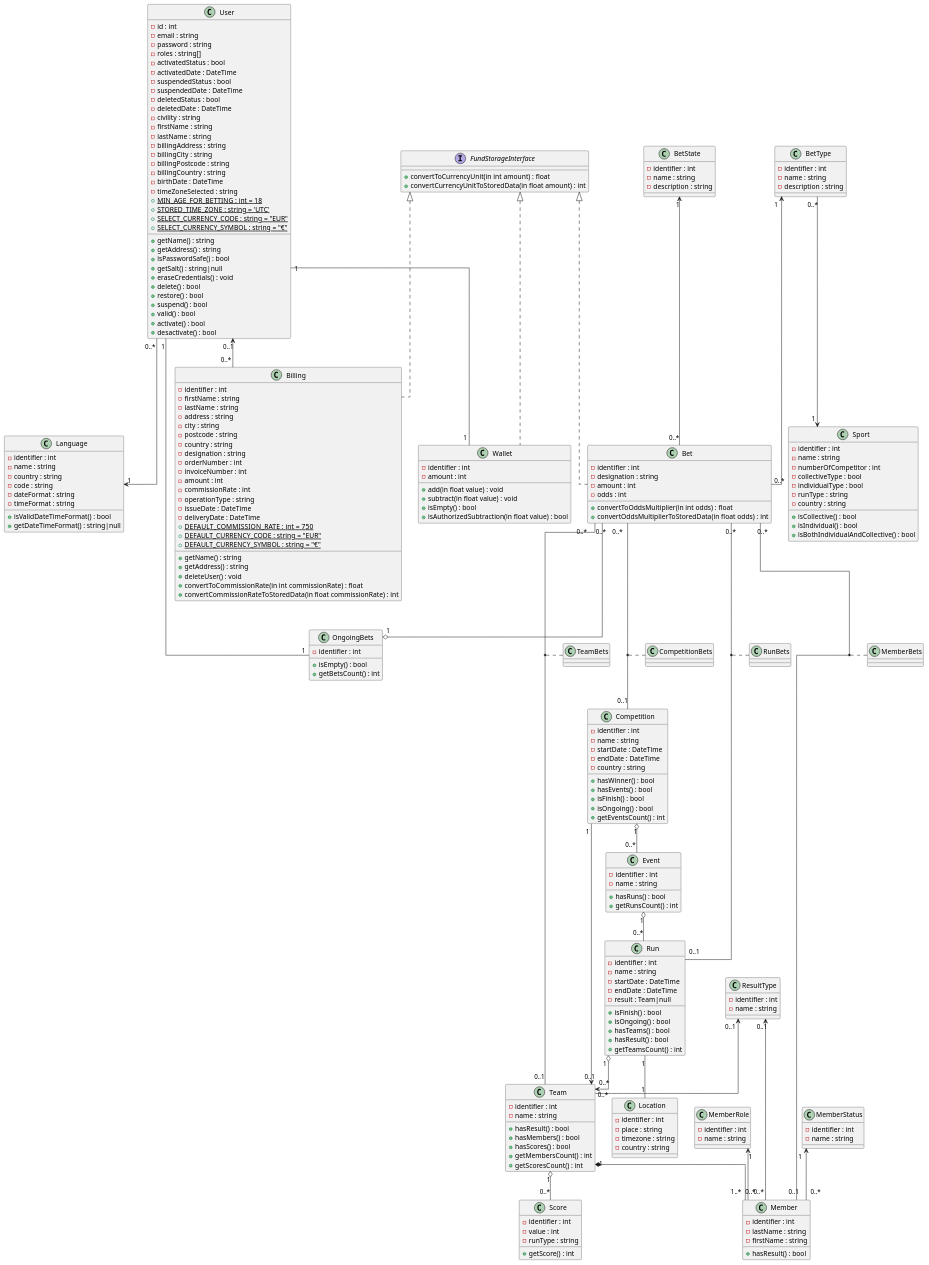
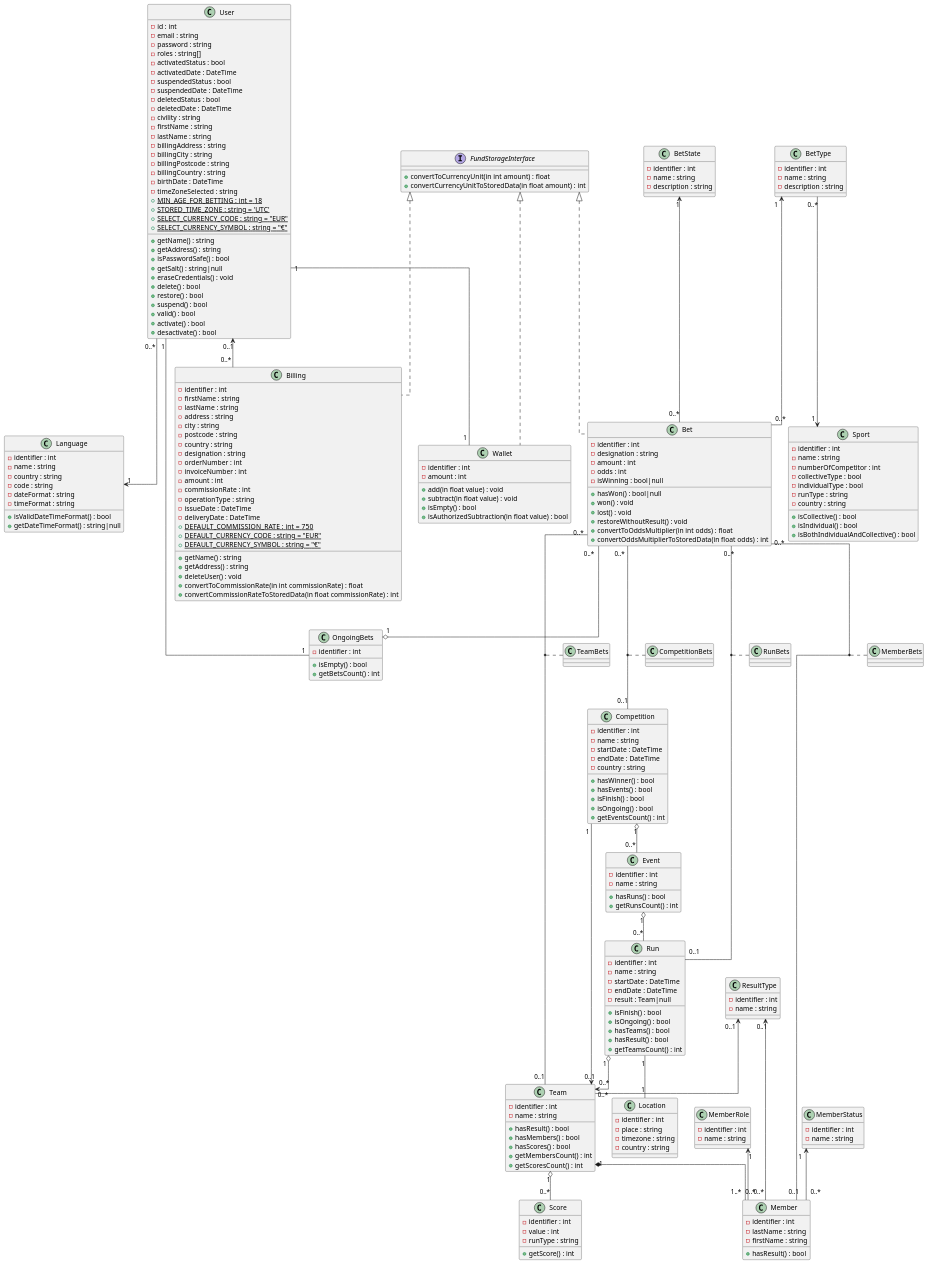
The diagram in docs/Uml/Diagramme_de_classe/Diagramme_de_classe.puml (OFP-CDA-Mulhouse-2020/parisportif5), drawn with PlantUML before and after one commit. The commit also changed 5 other files, not shown here.

```diff
--- a/docs/Uml/Diagramme_de_classe/Diagramme_de_classe.puml
+++ b/docs/Uml/Diagramme_de_classe/Diagramme_de_classe.puml
@@ -180,6 +180,11 @@
         -designation : string
         -amount : int
         -odds : int
+        -isWinning : bool|null
+        +hasWon() : bool|null
+        +won() : void
+        +lost() : void
+        +restoreWithoutResult() : void
         +convertToOddsMultiplier(in int odds) : float
         +convertOddsMultiplierToStoredData(in float odds) : int
     }
```
